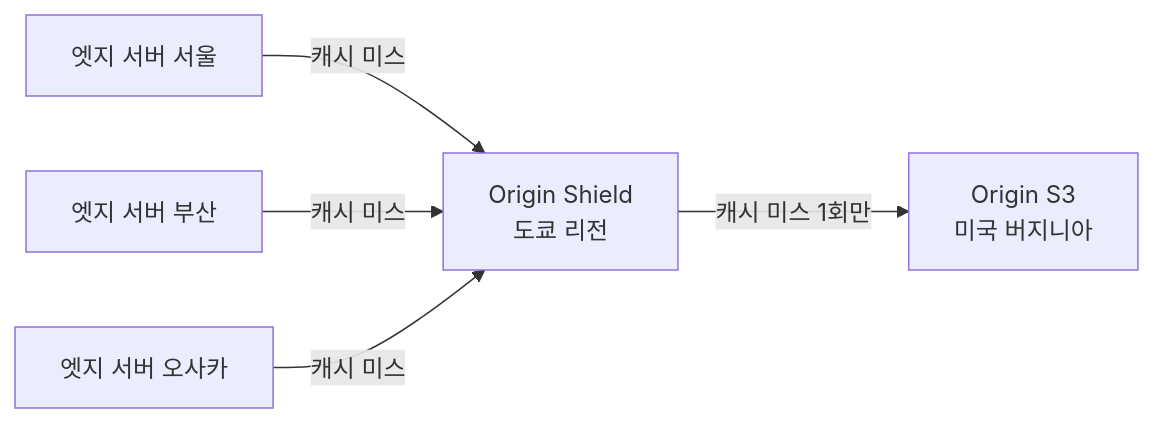
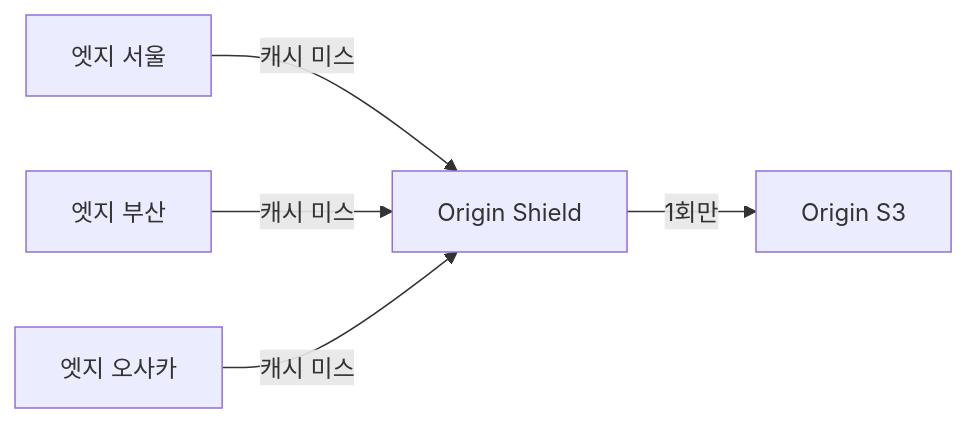
Before and after one commit to yjkim2015/yjkim2015.github.io: the sixth of 12 diagrams in _posts/systemdesign/2026-05-03-system-design-video-streaming.md, drawn with Mermaid. The commit also changed other lines of this file and 245 other files, not shown here.

First line of the commit message:
Mermaid 다이어그램 전면 수정 + 면접 포인트 접기/펼치기 + DB 데드락 페이지

````diff
--- a/_posts/systemdesign/2026-05-03-system-design-video-streaming.md
+++ b/_posts/systemdesign/2026-05-03-system-design-video-streaming.md
@@ -434,7 +434,7 @@
 ```mermaid
 graph LR
-    E1[엣지 서버 서울] -->|캐시 미스| OS[Origin Shield<br/>도쿄 리전]
-    E2[엣지 서버 부산] -->|캐시 미스| OS
-    E3[엣지 서버 오사카] -->|캐시 미스| OS
-    OS -->|캐시 미스 1회만| OR[Origin S3<br/>미국 버지니아]
+    E1[엣지 서울] -->|캐시 미스| OS[Origin Shield]
+    E2[엣지 부산] -->|캐시 미스| OS
+    E3[엣지 오사카] -->|캐시 미스| OS
+    OS -->|1회만| OR[Origin S3]
 ```
````
